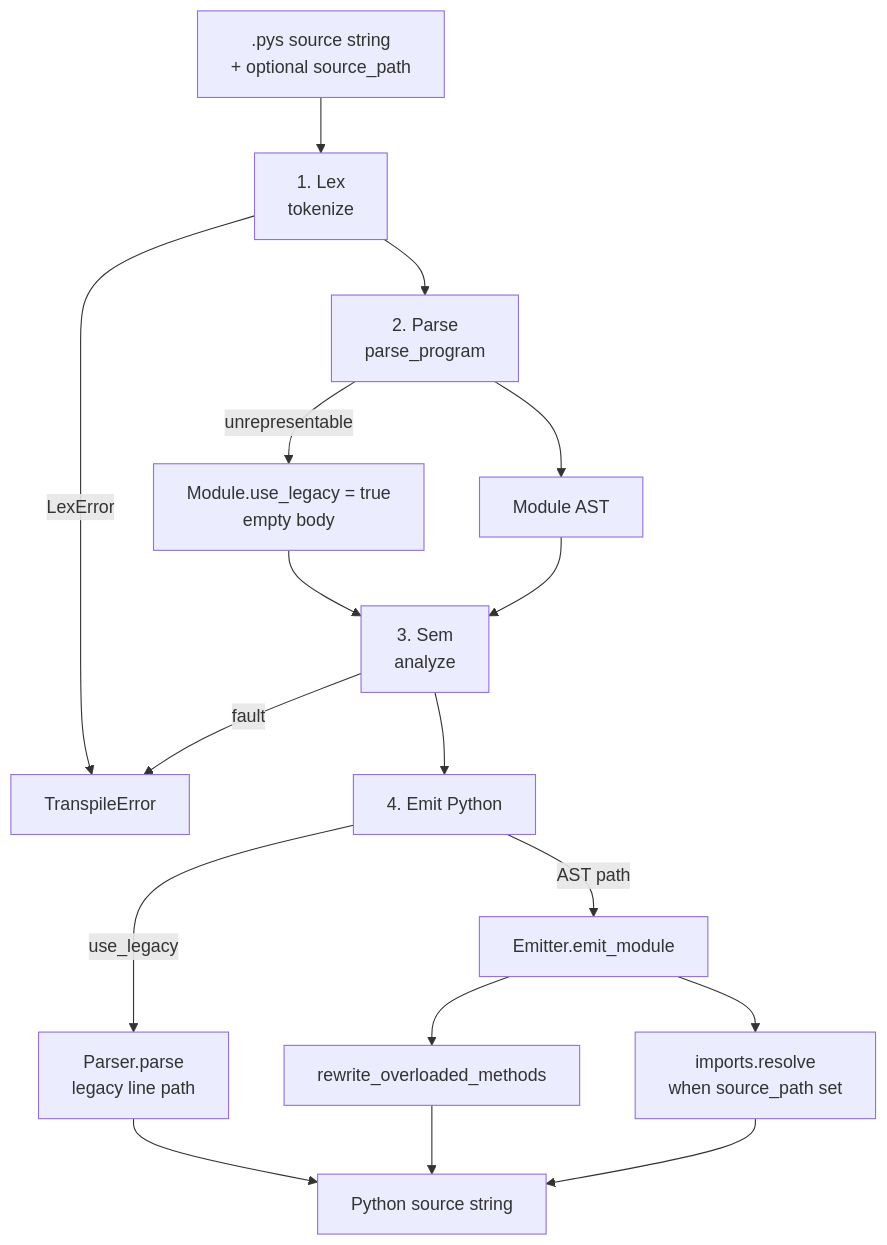
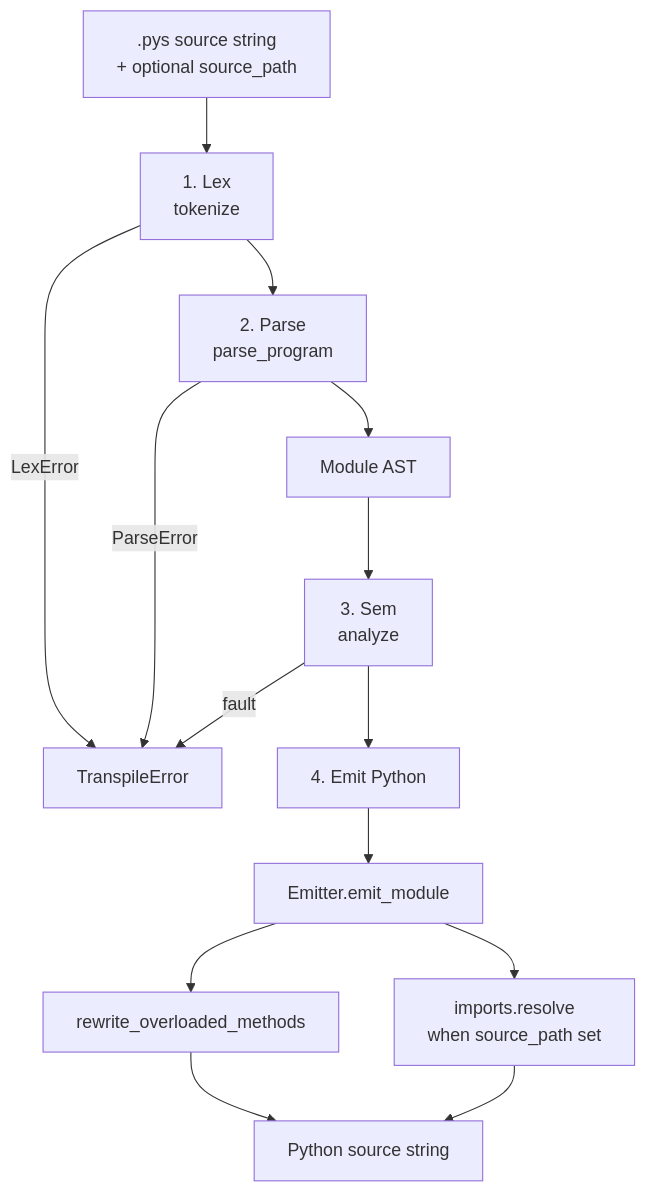
One commit to remideboer/pys changed the third of 7 diagrams in docs/ARCHITECTURE.md. Above: the diagram before and after it, drawn with Mermaid. The commit also changed other lines of this file and 11 other files, not shown here.

First line of the commit message:
feat: AST-only compile path; drop use_legacy emit

````diff
--- a/docs/ARCHITECTURE.md
+++ b/docs/ARCHITECTURE.md
@@ -106,19 +106,16 @@
 ```mermaid
 flowchart TD
   Src[".pys source string<br/>+ optional source_path"] --> Lex["1. Lex<br/>tokenize"]
   Lex -->|LexError| Err["TranspileError"]
   Lex --> Parse["2. Parse<br/>parse_program"]
-  Parse -->|unrepresentable| LegacyFlag["Module.use_legacy = true<br/>empty body"]
+  Parse -->|ParseError| Err
   Parse --> Tree["Module AST"]
-  LegacyFlag --> Sem
   Tree --> Sem["3. Sem<br/>analyze"]
   Sem -->|fault| Err
   Sem --> Emit["4. Emit Python"]
-  Emit -->|use_legacy| LegacyEmit["Parser.parse<br/>legacy line path"]
-  Emit -->|AST path| Walk["Emitter.emit_module"]
+  Emit --> Walk["Emitter.emit_module"]
   Walk --> Over["rewrite_overloaded_methods"]
   Walk --> ImpRes["imports.resolve<br/>when source_path set"]
   Over --> Out["Python source string"]
-  LegacyEmit --> Out
   ImpRes --> Out
 ```
````
